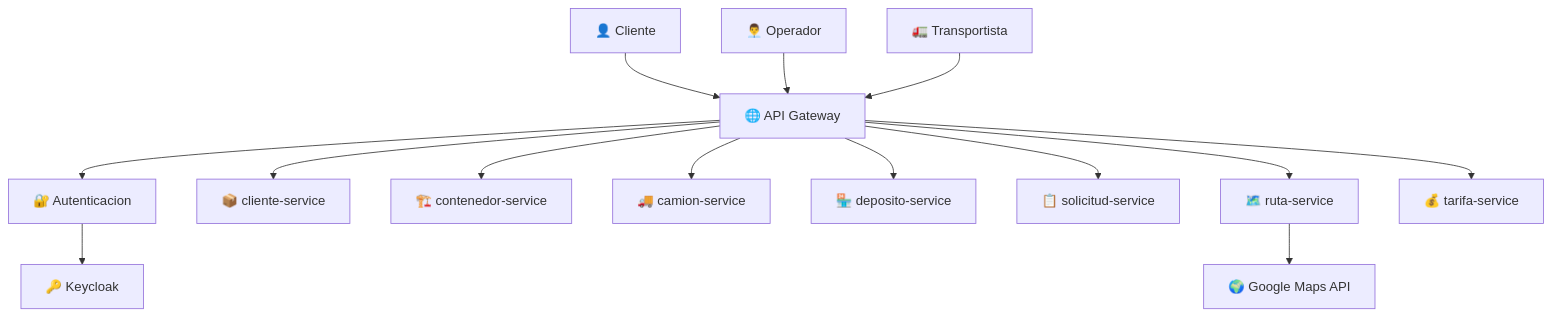
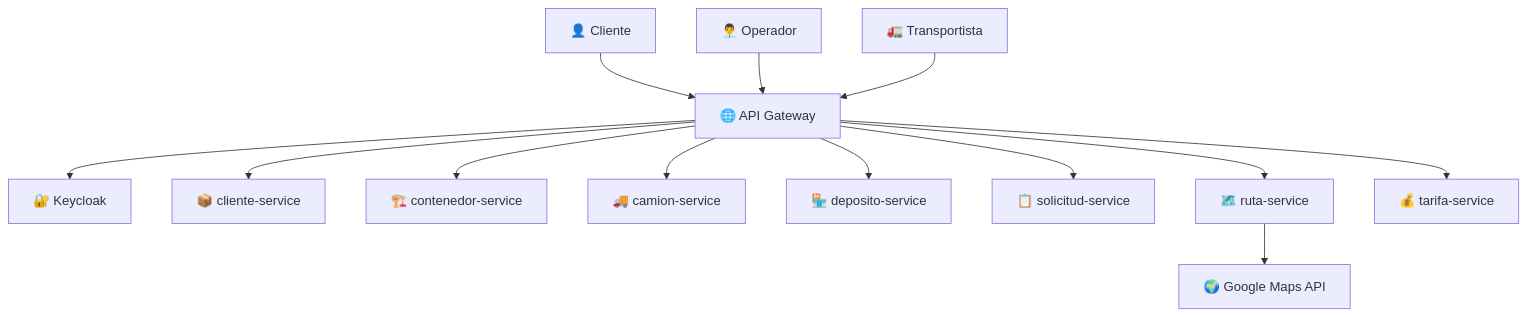
Before and after one commit to cesarAlta/tpi-backend-2025: the diagram in README.md, drawn with Mermaid. The commit also changed other lines of this file, not shown here.

Commit message:
Diagramas y readme2

````diff
--- a/README.md
+++ b/README.md
@@ -28,18 +27,17 @@
 ```mermaid
 graph TB
     Client[👤 Cliente] --> Gateway[🌐 API Gateway]
     Operator[👨‍💼 Operador] --> Gateway
     Driver[🚛 Transportista] --> Gateway
 
-    Gateway --> Auth[🔐 Autenticacion]
+    Gateway --> Auth[🔐 Keycloak]
     Gateway --> MS1[📦 cliente-service]
     Gateway --> MS2[🏗️ contenedor-service]
     Gateway --> MS3[🚚 camion-service]
     Gateway --> MS4[🏪 deposito-service]
     Gateway --> MS5[📋 solicitud-service]
     Gateway --> MS6[🗺️ ruta-service]
     Gateway --> MS7[💰 tarifa-service]
 
     MS6 --> Maps[🌍 Google Maps API]
-    Auth --> Keycloak[ 🔑 Keycloak]
 ```
````
